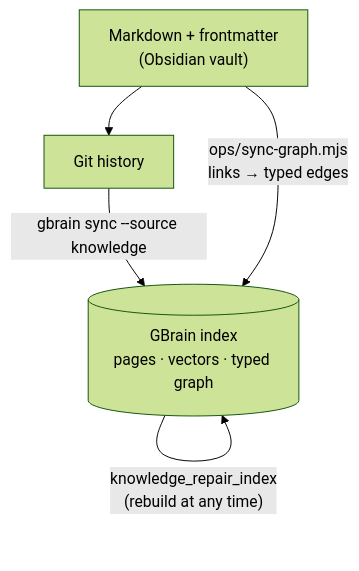
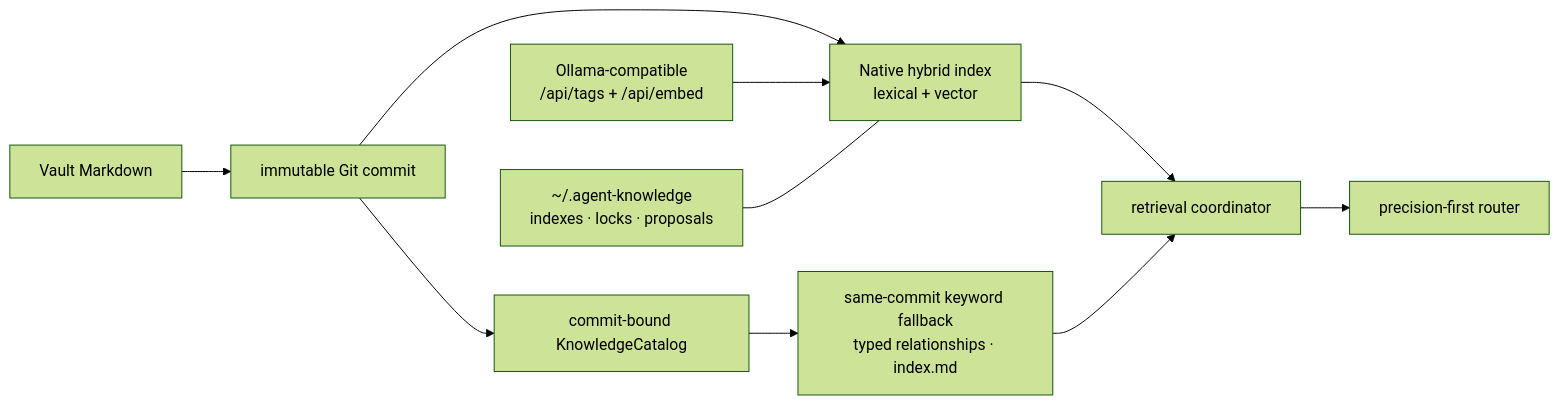
Before and after one commit to haorantang97/Personal-Ontology: the first of 3 diagrams in lab-ontology/docs/architecture.md, drawn with Mermaid (forest theme). The commit also changed other lines of this file and 51 other files, not shown here.

Commit message:
feat(ontology): publish native-only agent knowledge 1.8

````diff
--- a/lab-ontology/docs/architecture.md
+++ b/lab-ontology/docs/architecture.md
@@ -9,7 +9,12 @@
 ```mermaid
-flowchart TB
-    MD["Markdown + frontmatter<br/>(Obsidian vault)"] --> GIT["Git history"]
-    GIT -- "gbrain sync --source knowledge" --> IDX[("GBrain index<br/>pages · vectors · typed graph")]
-    MD -- "ops/sync-graph.mjs<br/>links → typed edges" --> IDX
-    IDX -- "knowledge_repair_index<br/>(rebuild at any time)" --> IDX
+flowchart LR
+    V["Vault Markdown"] --> G["immutable Git commit"]
+    G --> C["commit-bound KnowledgeCatalog"]
+    G --> N["Native hybrid index<br/>lexical + vector"]
+    E["Ollama-compatible<br/>/api/tags + /api/embed"] --> N
+    C --> K["same-commit keyword fallback<br/>typed relationships · index.md"]
+    N --> R["retrieval coordinator"]
+    K --> R
+    R --> P["precision-first router"]
+    S["~/.agent-knowledge<br/>indexes · locks · proposals"] --- N
 ```
````
